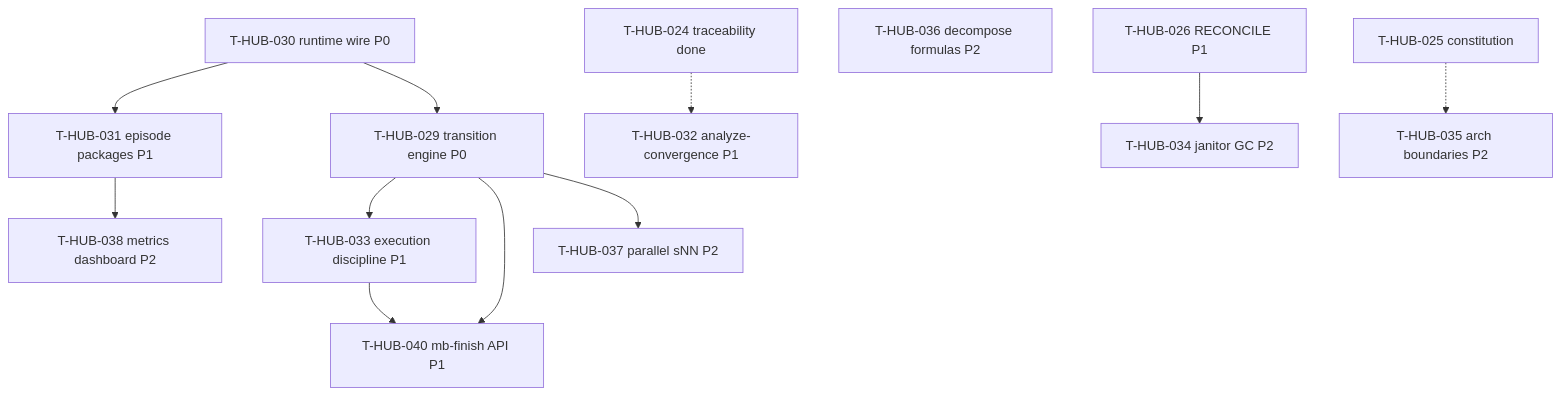
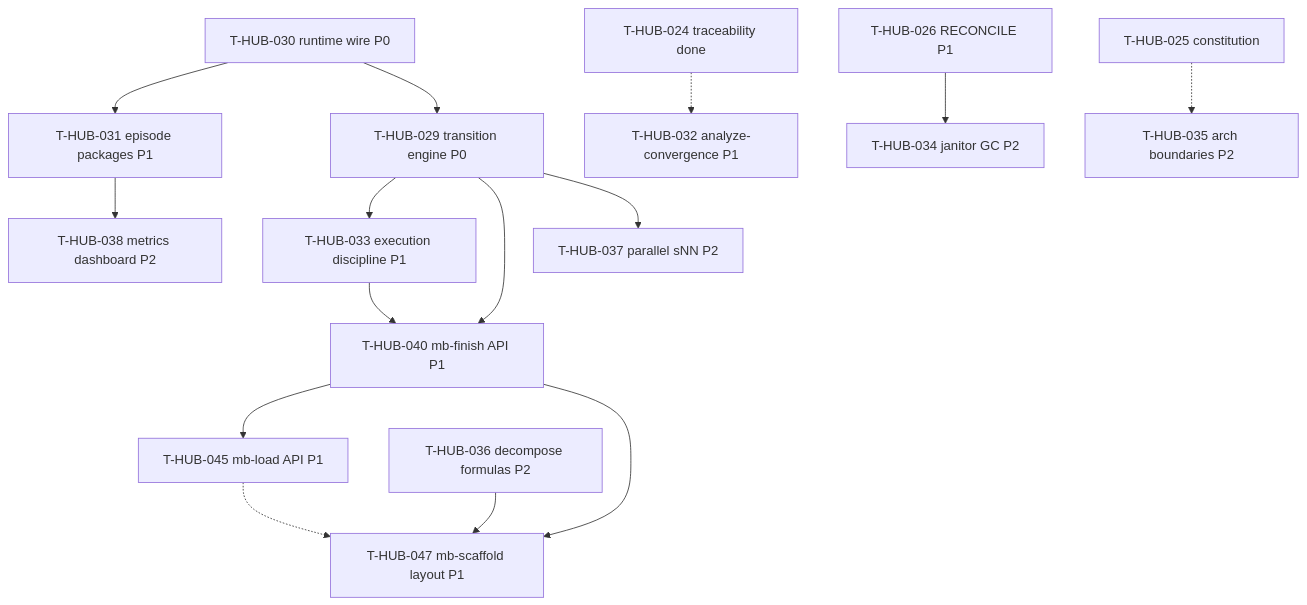
One commit to aeroalgo/dev-hub changed the diagram in memory-bank/back/plan/roadmap-harness-maturity-borrowings-epics.md. Above: the diagram before and after it, drawn with Mermaid. The commit also changed other lines of this file and 146 other files, not shown here.

````diff
--- a/memory-bank/back/plan/roadmap-harness-maturity-borrowings-epics.md
+++ b/memory-bank/back/plan/roadmap-harness-maturity-borrowings-epics.md
@@ -37,25 +39,31 @@
 ```mermaid
 flowchart TB
   H030[T-HUB-030 runtime wire P0]
   H029[T-HUB-029 transition engine P0]
   H026[T-HUB-026 RECONCILE P1]
   H031[T-HUB-031 episode packages P1]
   H032[T-HUB-032 analyze-convergence P1]
   H033[T-HUB-033 execution discipline P1]
   H040[T-HUB-040 mb-finish API P1]
+  H045[T-HUB-045 mb-load API P1]
+  H047[T-HUB-047 mb-scaffold layout P1]
   H034[T-HUB-034 janitor GC P2]
   H035[T-HUB-035 arch boundaries P2]
   H036[T-HUB-036 decompose formulas P2]
   H037[T-HUB-037 parallel sNN P2]
   H038[T-HUB-038 metrics dashboard P2]
   H030 --> H031
   H030 --> H029
   H029 --> H033
   H029 --> H040
   H033 --> H040
+  H040 --> H045
+  H036 --> H047
+  H040 --> H047
+  H045 -.-> H047
   H029 --> H037
   H026 --> H034
   H031 --> H038
   H024[T-HUB-024 traceability done] -.-> H032
   H025[T-HUB-025 constitution] -.-> H035
 ```
````
